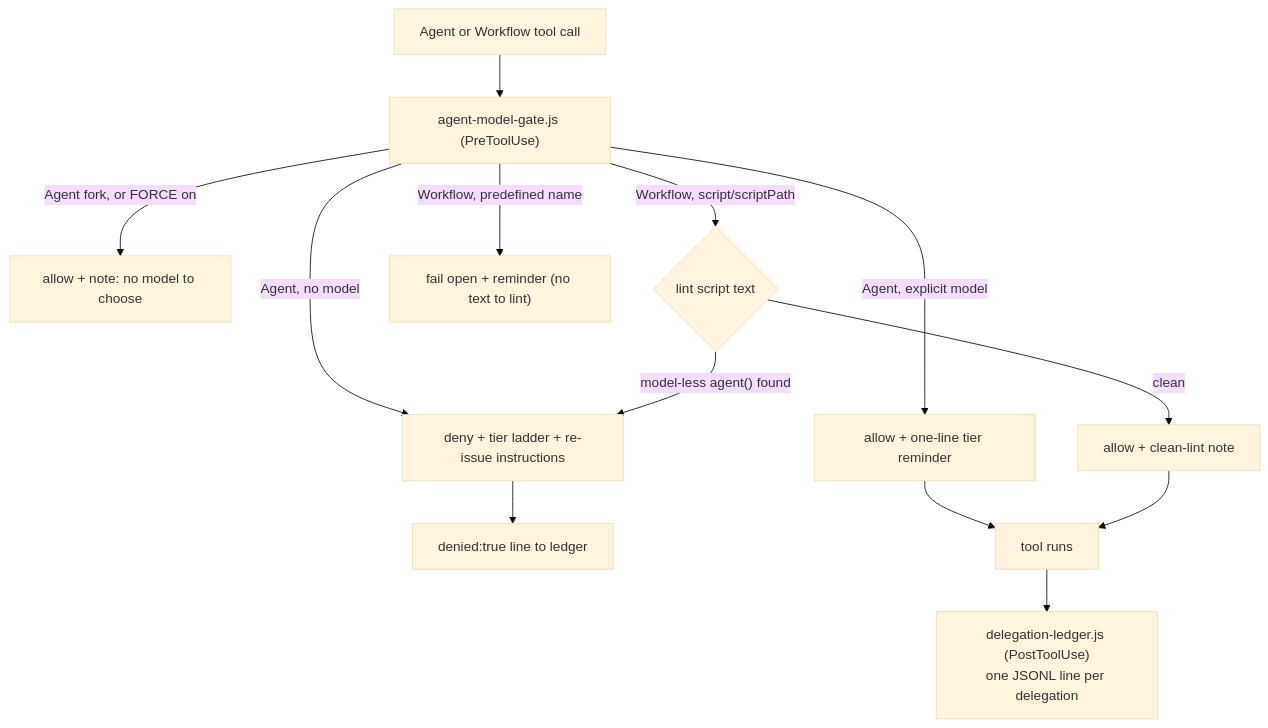
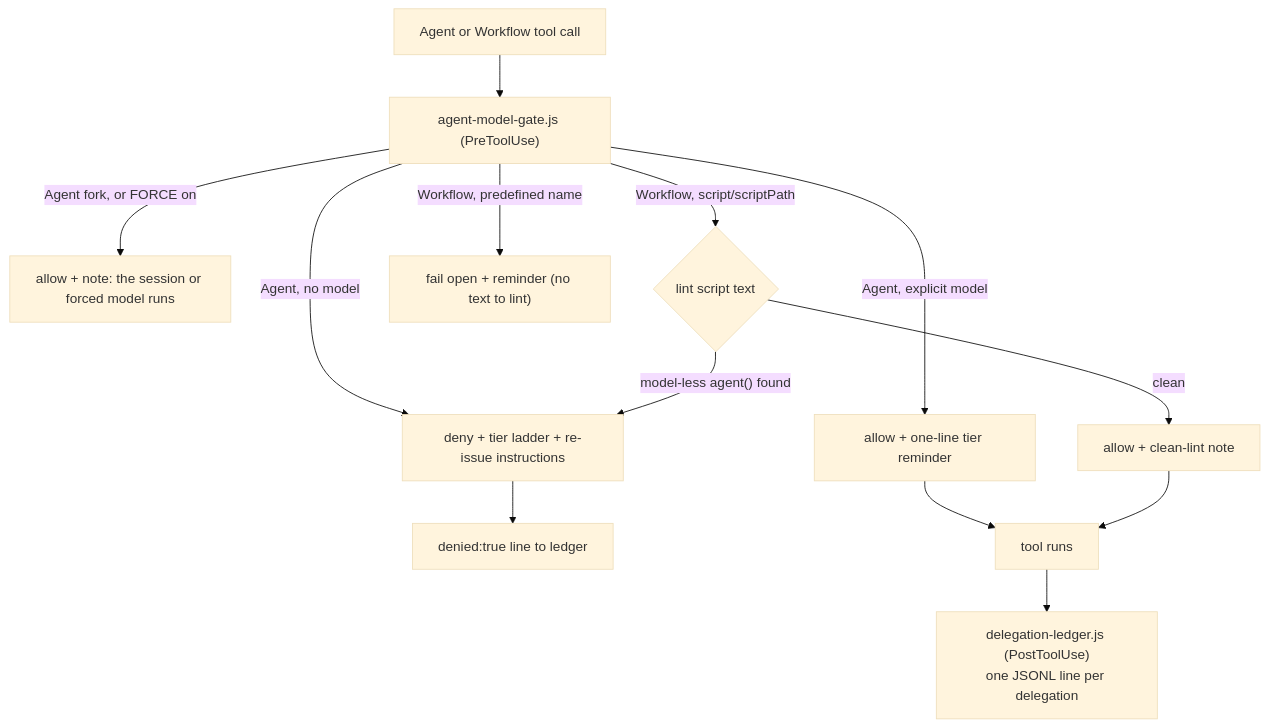
One commit to TheRealBillSiegler/delegation-tiering changed the diagram in hooks/README.md. Above: the diagram before and after it, drawn with Mermaid (base theme). The commit also changed other lines of this file and 4 other files, not shown here.

First line of the commit message:
fix(gate): every documented on-value forces the model; the fork note names the tier choice

````diff
--- a/hooks/README.md
+++ b/hooks/README.md
@@ -7,13 +7,13 @@
 ```mermaid
 flowchart TD
     CALL["Agent or Workflow tool call"] --> GATE["agent-model-gate.js (PreToolUse)"]
     GATE -- "Agent, no model" --> DENY["deny + tier ladder + re-issue instructions"]
     GATE -- "Agent, explicit model" --> ALLOW["allow + one-line tier reminder"]
-    GATE -- "Agent fork, or FORCE on" --> NOTE["allow + note: no model to choose"]
+    GATE -- "Agent fork, or FORCE on" --> NOTE["allow + note: the session or forced model runs"]
     GATE -- "Workflow, script/scriptPath" --> LINT{"lint script text"}
     LINT -- "model-less agent() found" --> DENY
     LINT -- "clean" --> ALLOW2["allow + clean-lint note"]
     GATE -- "Workflow, predefined name" --> OPEN["fail open + reminder (no text to lint)"]
     DENY --> LOG["denied:true line to ledger"]
     ALLOW & ALLOW2 --> RUN["tool runs"] --> LED["delegation-ledger.js (PostToolUse)<br>one JSONL line per delegation"]
 ```
````
